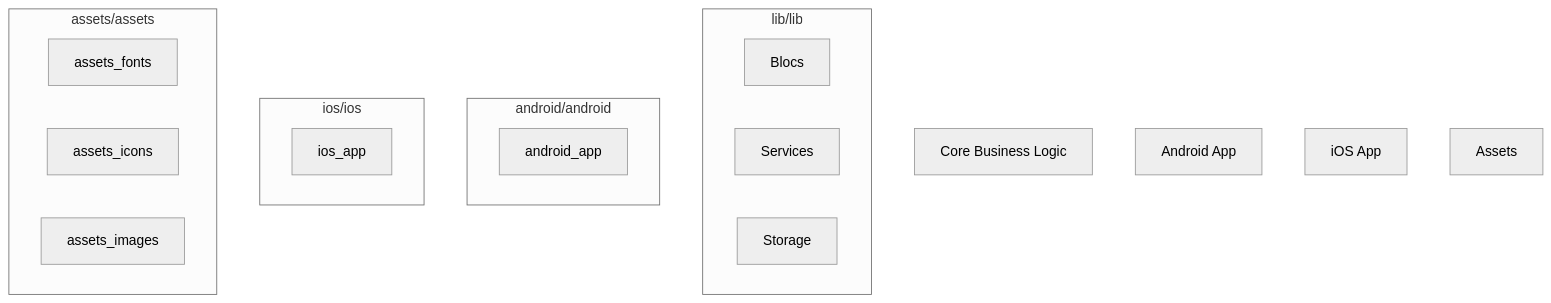
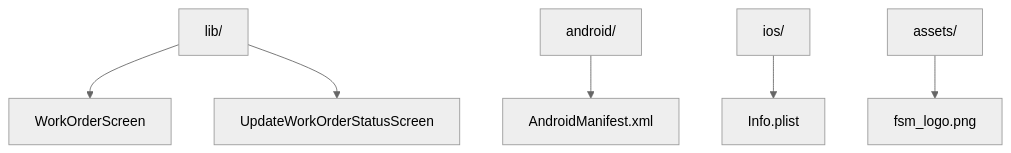
Before and after one commit to jahnavi783/fsm: the diagram in DOCUMENTATION.md, drawn with Mermaid (neutral theme). The commit also changed other lines of this file, not shown here.

````diff
--- a/DOCUMENTATION.md
+++ b/DOCUMENTATION.md
@@ -33,26 +35,8 @@
 ```mermaid
 flowchart TD
-    lib[Core Business Logic]
-    lib_core_blocs[Blocs]
-    lib_core_services[Services]
-    lib_core_storage[Storage]
-    android[Android App]
-    ios[iOS App]
-    assets[Assets]
-    subgraph lib/lib
-        lib_core_blocs
-        lib_core_services
-        lib_core_storage
-    end
-    subgraph android/android
-        android_app
-    end
-    subgraph ios/ios
-        ios_app
-    end
-    subgraph assets/assets
-        assets_fonts
-        assets_icons
-        assets_images
-    end
+    lib[lib/] --> WorkOrderScreen
+    lib[lib/] --> UpdateWorkOrderStatusScreen
+    android[android/] --> AndroidManifest.xml
+    ios[ios/] --> Info.plist
+    assets[assets/] --> fsm_logo.png
 ```
````
